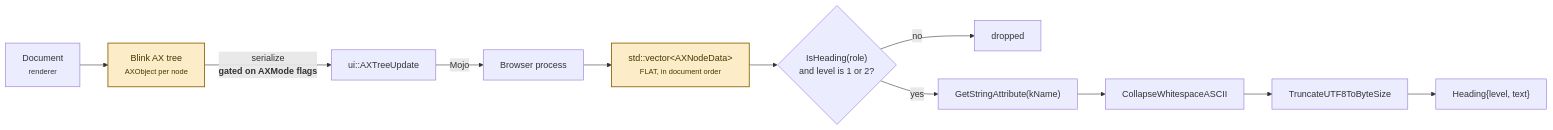
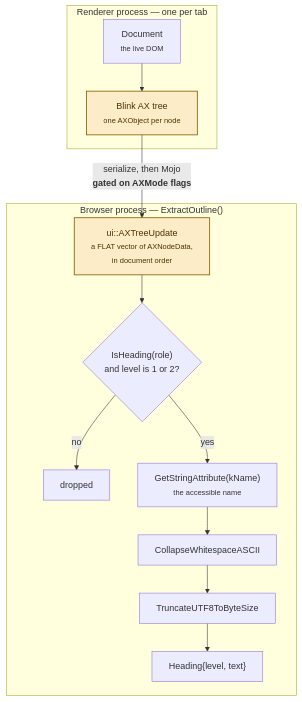
The eighth of 11 diagrams in docs/floating_window/floating-window-page-outlines.md (obeletski/chromium), drawn with Mermaid before and after one commit. The commit also changed other lines of this file and 12 other files, not shown here.

````diff
--- a/docs/floating_window/floating-window-page-outlines.md
+++ b/docs/floating_window/floating-window-page-outlines.md
@@ -328,16 +516,27 @@
 ```mermaid
-graph LR
-  DOM["Document<br/><small>renderer</small>"] --> AXT["Blink AX tree<br/><small>AXObject per node</small>"]
-  AXT -->|"serialize<br/><b>gated on AXMode flags</b>"| UPD["ui::AXTreeUpdate"]
-  UPD -->|"Mojo"| BR["Browser process"]
-  BR --> FLAT["std::vector&lt;AXNodeData&gt;<br/><small>FLAT, in document order</small>"]
-  FLAT --> FLT{"IsHeading(role)<br/>and level is 1 or 2?"}
-  FLT -->|no| DROP["dropped"]
-  FLT -->|yes| NM["GetStringAttribute(kName)"]
-  NM --> CW["CollapseWhitespaceASCII"]
-  CW --> TR["TruncateUTF8ToByteSize"]
-  TR --> OUT["Heading{level, text}"]
+graph TD
+  subgraph RP["Renderer process — one per tab"]
+    DOM["Document<br/><small>the live DOM</small>"]
+    AXT["Blink AX tree<br/><small>one AXObject per node</small>"]
+    DOM --> AXT
+  end
+
+  subgraph BP["Browser process — ExtractOutline()"]
+    FLAT["ui::AXTreeUpdate<br/><small>a FLAT vector of AXNodeData,<br/>in document order</small>"]
+    FLT{"IsHeading(role)<br/>and level is 1 or 2?"}
+    DROP["dropped"]
+    NM["GetStringAttribute(kName)<br/><small>the accessible name</small>"]
+    CW["CollapseWhitespaceASCII"]
+    TR["TruncateUTF8ToByteSize"]
+    OUT["Heading{level, text}"]
+    FLAT --> FLT
+    FLT -->|no| DROP
+    FLT -->|yes| NM
+    NM --> CW --> TR --> OUT
+  end
+
+  AXT -->|"serialize, then Mojo<br/><b>gated on AXMode flags</b>"| FLAT
 
   classDef gotcha fill:#fdecc8,stroke:#8a6100,stroke-width:1.5px,color:#4a3400
   class AXT,FLAT gotcha
 ```
````
